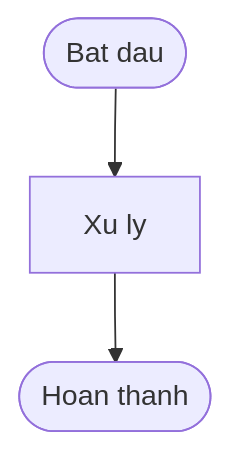
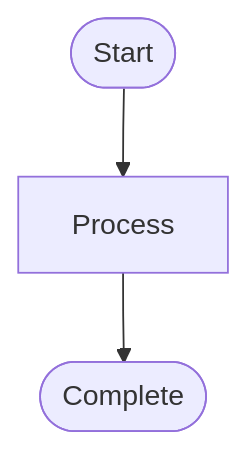
The first of 2 diagrams in templates/management-report.md (tonamson/please-done), drawn with Mermaid before and after one commit. The commit also changed other lines of this file and 11 other files, not shown here.

````diff
--- a/templates/management-report.md
+++ b/templates/management-report.md
@@ -26,6 +26,6 @@
 ```mermaid
 flowchart TD
-  %% Placeholder — Phase 22 se generate noi dung thuc te
-  start(["Bat dau"]) --> process["Xu ly"]
-  process --> done(["Hoan thanh"])
+  %% Placeholder — Phase 22 will generate actual content
+  start(["Start"]) --> process["Process"]
+  process --> done(["Complete"])
 ```
````
